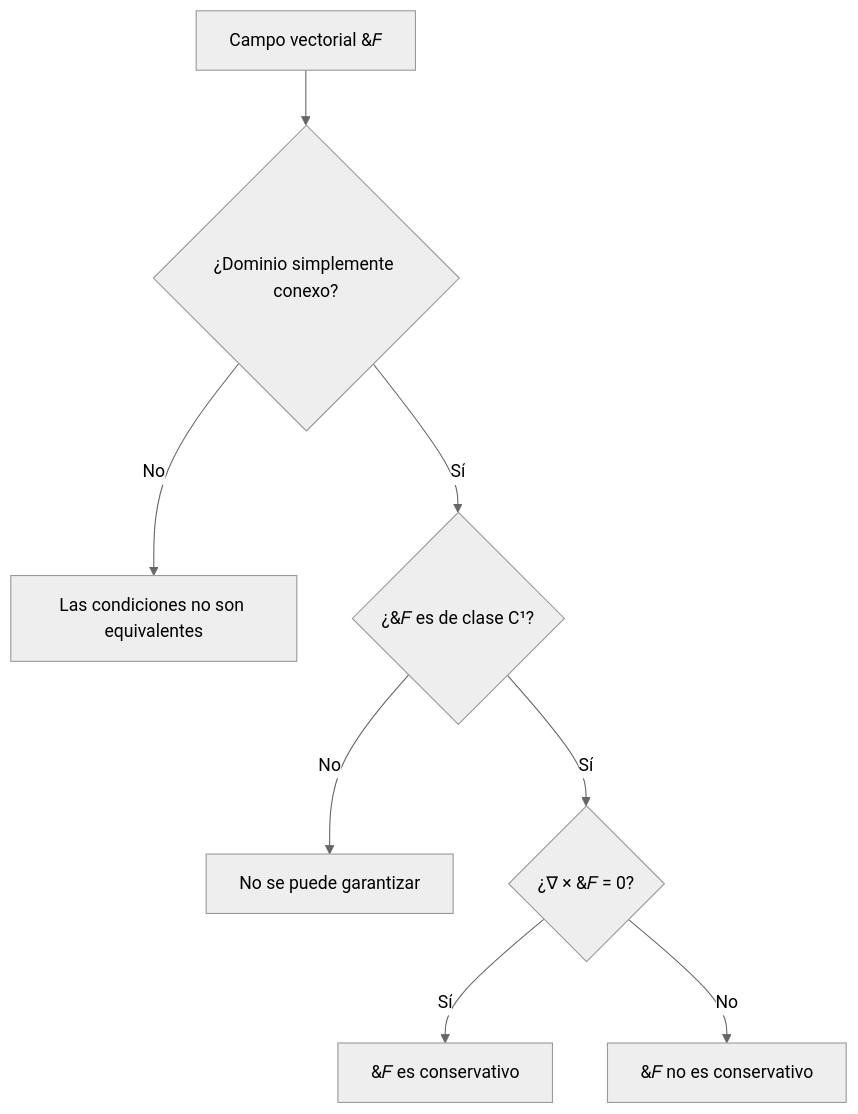
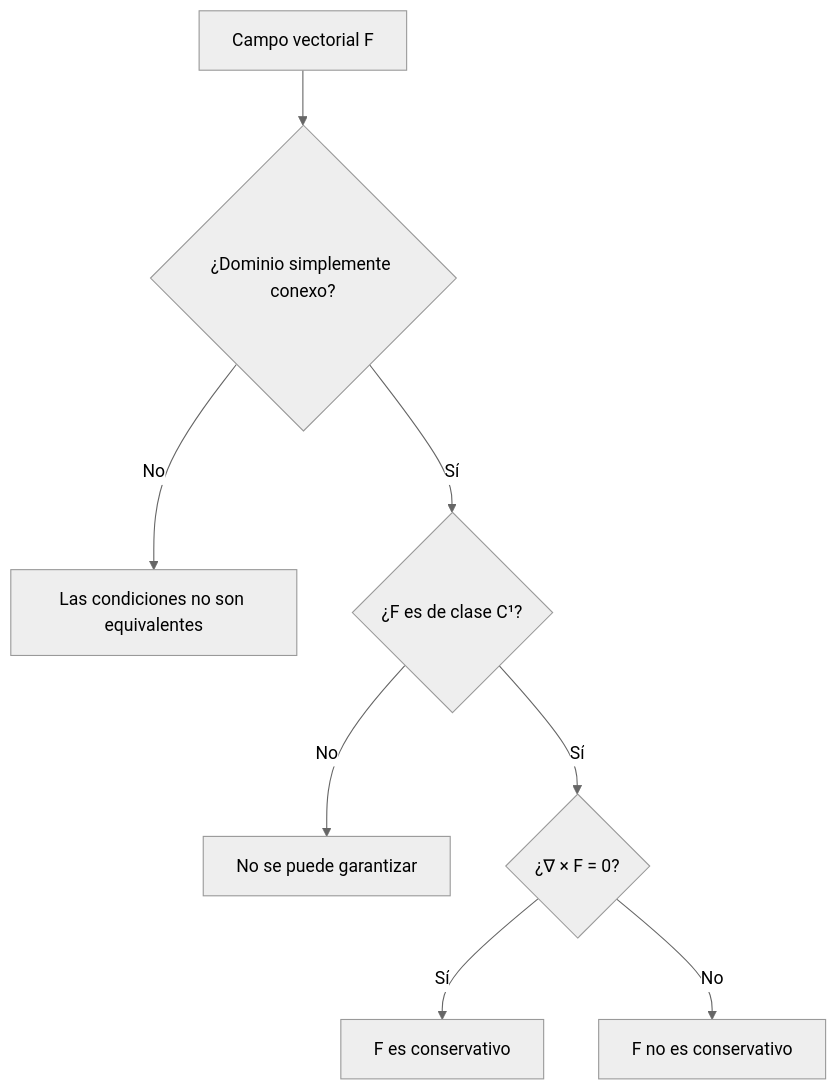
One commit to djaimej/computer-science-template changed the first of 2 diagrams in public/documents/semester-3/2/3243.md. Above: the diagram before and after it, drawn with Mermaid (neutral theme). The commit also changed other lines of this file and 21 other files, not shown here.

````diff
--- a/public/documents/semester-3/2/3243.md
+++ b/public/documents/semester-3/2/3243.md
@@ -55,10 +69,10 @@
 ```mermaid
 flowchart TD
-    A[Campo vectorial &#119865;] --> B{¿Dominio simplemente conexo?}
+    A[Campo vectorial F] --> B{¿Dominio simplemente conexo?}
     B -->|No| C[Las condiciones no son equivalentes]
-    B -->|Sí| D{¿&#119865; es de clase C¹?}
+    B -->|Sí| D{¿F es de clase C¹?}
     D -->|No| E[No se puede garantizar]
-    D -->|Sí| F{¿∇ × &#119865; = 0?}
-    F -->|Sí| G[&#119865; es conservativo]
-    F -->|No| H[&#119865; no es conservativo]
+    D -->|Sí| F{¿∇ × F = 0?}
+    F -->|Sí| G[F es conservativo]
+    F -->|No| H[F no es conservativo]
 ```
````
